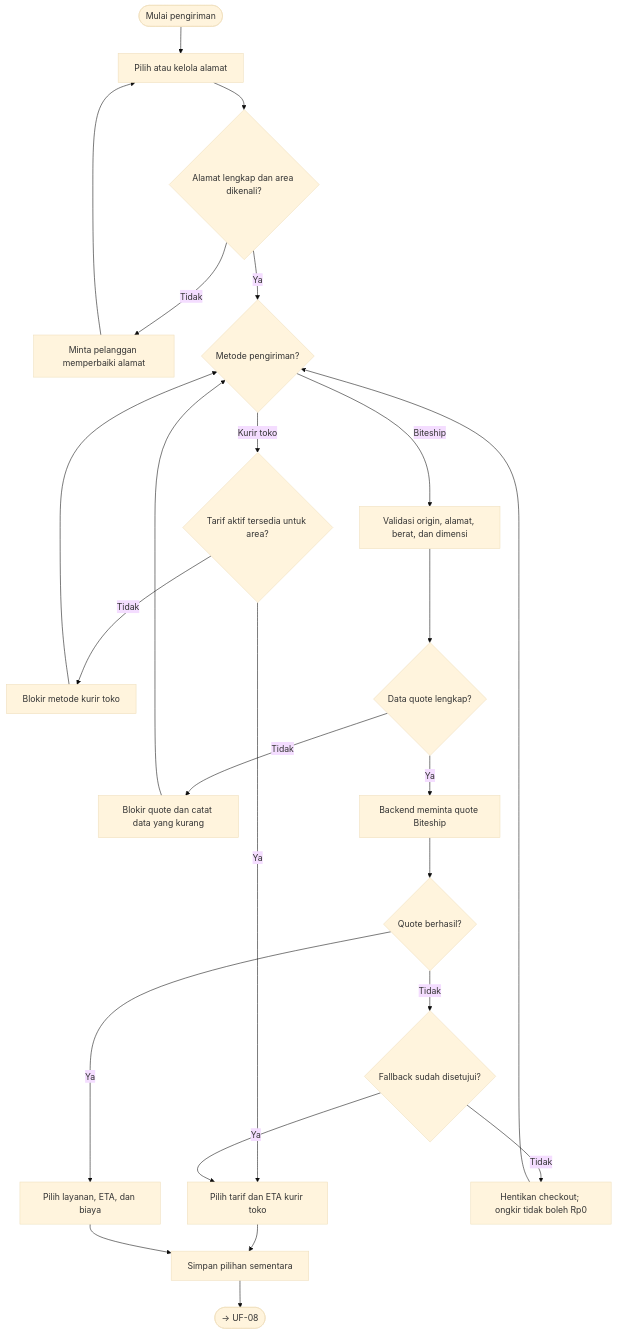
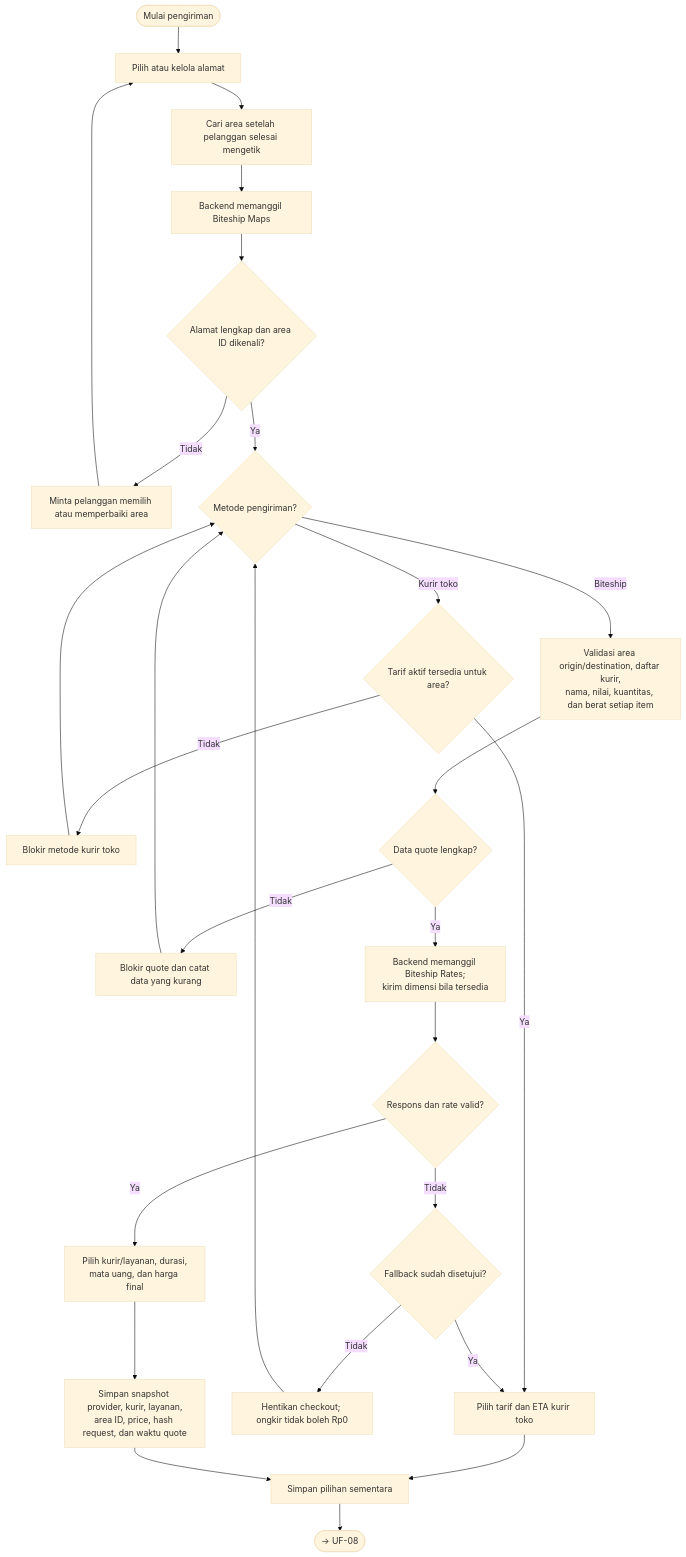
Before and after one commit to Webekspres/pixel-komunika: the seventh of 18 diagrams in docs/design/USER_FLOWS.md, drawn with Mermaid (base theme). The commit also changed other lines of this file and 6 other files, not shown here.

Commit message:
docs: define Biteship Maps and Rates integration

````diff
--- a/docs/design/USER_FLOWS.md
+++ b/docs/design/USER_FLOWS.md
@@ -215,28 +215,31 @@
 ```mermaid
 flowchart TD
     A([Mulai pengiriman]) --> B["Pilih atau kelola alamat"]
-    B --> C{"Alamat lengkap dan area dikenali?"}
-    C -->|Tidak| D["Minta pelanggan memperbaiki alamat"]
+    B --> B1["Cari area setelah pelanggan selesai mengetik"]
+    B1 --> B2["Backend memanggil Biteship Maps"]
+    B2 --> C{"Alamat lengkap dan area ID dikenali?"}
+    C -->|Tidak| D["Minta pelanggan memilih atau memperbaiki area"]
     D --> B
     C -->|Ya| E{"Metode pengiriman?"}
     E -->|Kurir toko| F{"Tarif aktif tersedia untuk area?"}
     F -->|Tidak| G["Blokir metode kurir toko"]
     G --> E
     F -->|Ya| H["Pilih tarif dan ETA kurir toko"]
-    E -->|Biteship| I["Validasi origin, alamat, berat, dan dimensi"]
+    E -->|Biteship| I["Validasi area origin/destination, daftar kurir,<br/>nama, nilai, kuantitas, dan berat setiap item"]
     I --> J{"Data quote lengkap?"}
     J -->|Tidak| K["Blokir quote dan catat data yang kurang"]
     K --> E
-    J -->|Ya| L["Backend meminta quote Biteship"]
-    L --> M{"Quote berhasil?"}
-    M -->|Ya| N["Pilih layanan, ETA, dan biaya"]
+    J -->|Ya| L["Backend memanggil Biteship Rates;<br/>kirim dimensi bila tersedia"]
+    L --> M{"Respons dan rate valid?"}
+    M -->|Ya| N["Pilih kurir/layanan, durasi,<br/>mata uang, dan harga final"]
     M -->|Tidak| O{"Fallback sudah disetujui?"}
     O -->|Tidak| P["Hentikan checkout; ongkir tidak boleh Rp0"]
     P --> E
     O -->|Ya| H
     H --> Q["Simpan pilihan sementara"]
-    N --> Q
+    N --> R["Simpan snapshot provider, kurir, layanan,<br/>area ID, price, hash request, dan waktu quote"]
+    R --> Q
     Q --> C_UF08(["→ UF-08"])
 
     click C_UF08 "#uf-08-validasi-checkout"
 ```
````
